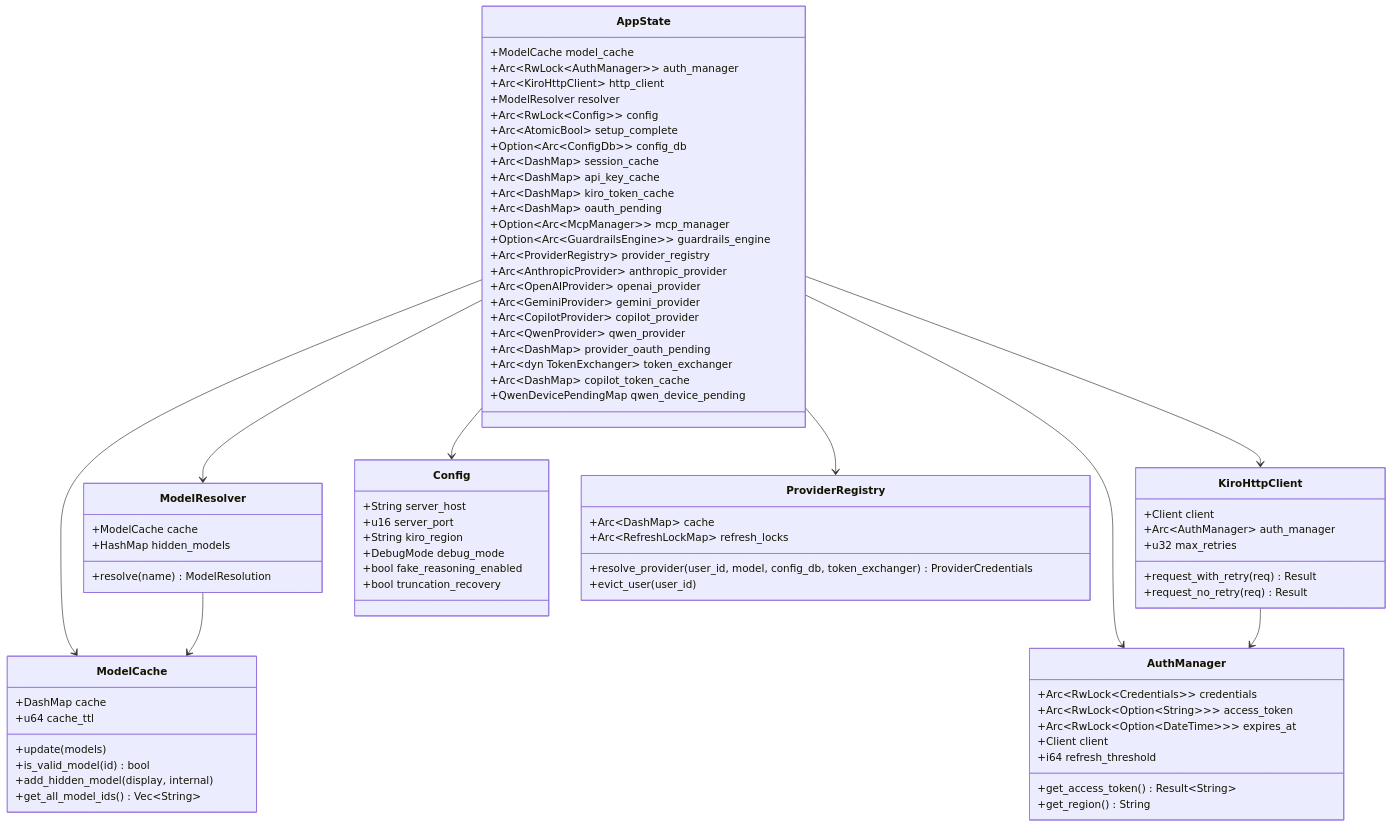
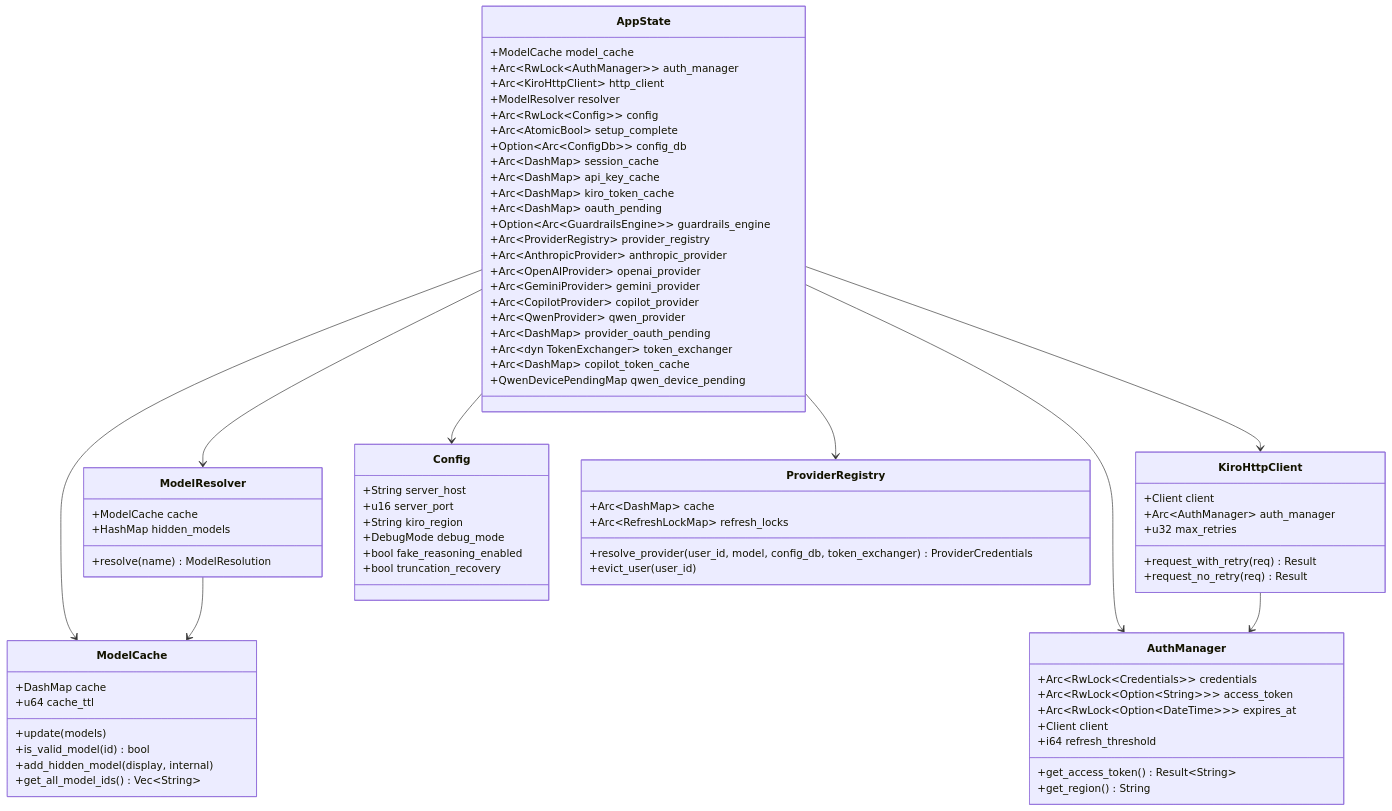
Before and after one commit to donbader/rkgw: the second of 3 diagrams in gh-pages/docs/architecture/index.md, drawn with Mermaid. The commit also changed other lines of this file and 66 other files, not shown here.

```diff
--- a/gh-pages/docs/architecture/index.md
+++ b/gh-pages/docs/architecture/index.md
@@ -234,7 +229,6 @@
         +Arc~DashMap~ api_key_cache
         +Arc~DashMap~ kiro_token_cache
         +Arc~DashMap~ oauth_pending
-        +Option~Arc~McpManager~~ mcp_manager
         +Option~Arc~GuardrailsEngine~~ guardrails_engine
         +Arc~ProviderRegistry~ provider_registry
         +Arc~AnthropicProvider~ anthropic_provider
```
